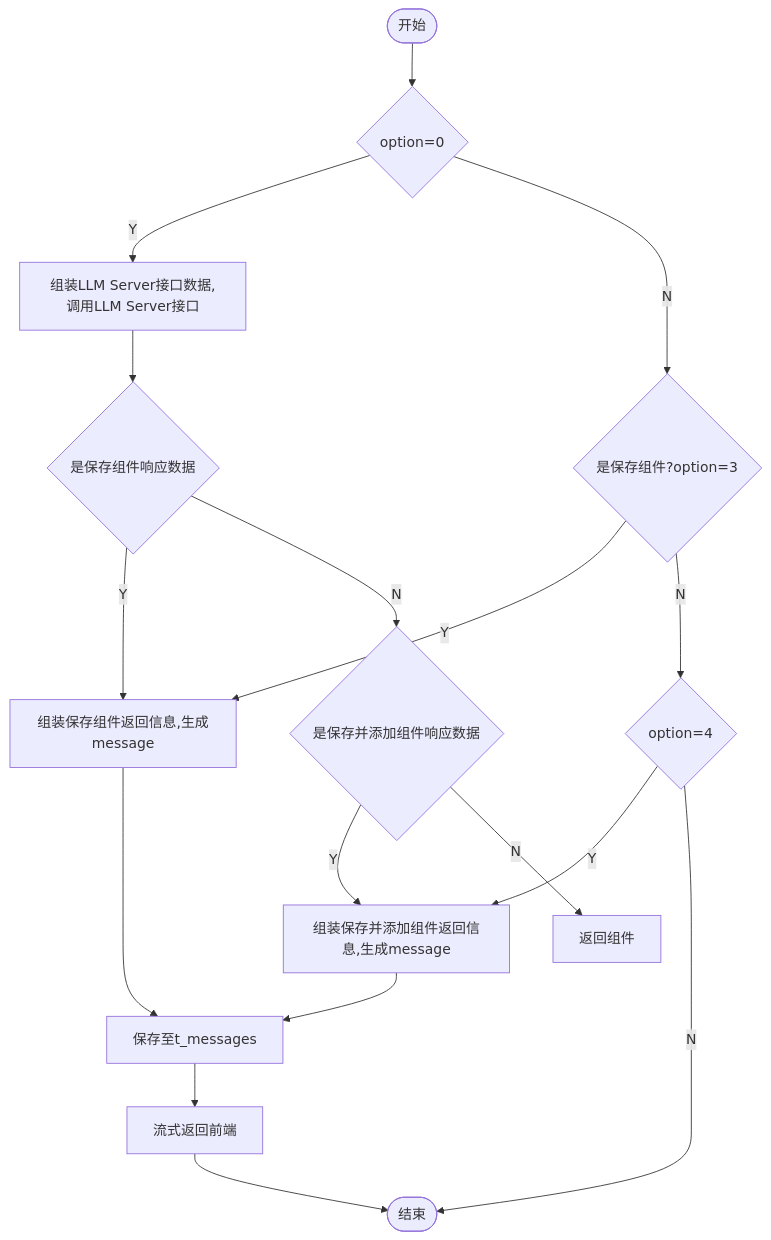
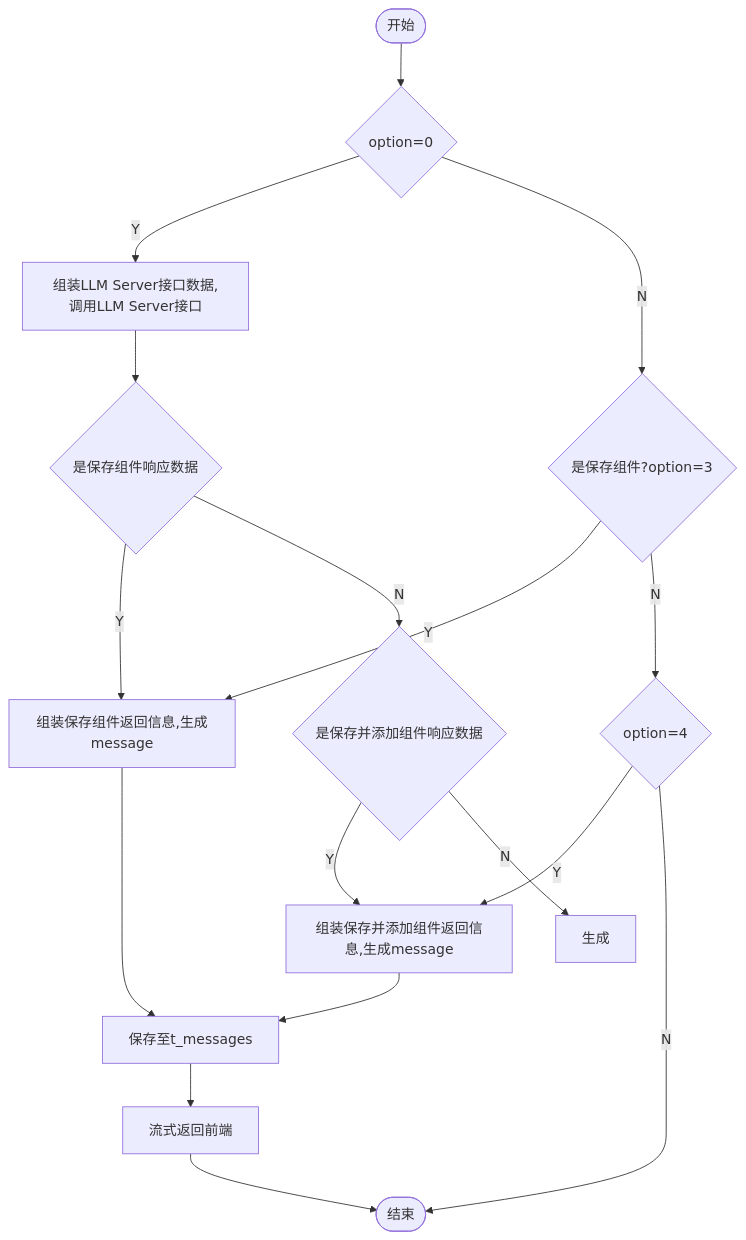
One commit to yingjianzh/iodraw-files changed the diagram in all/添加保存组件.md. Above: the diagram before and after it, drawn with Mermaid.

Commit message:
2024-10-14 13:42:24 update

````diff
--- a/all/添加保存组件.md
+++ b/all/添加保存组件.md
@@ -1,19 +1,19 @@
 ```mermaid
 flowchart TD
     A([开始]) --> B{option=0}
     B -- Y --> C[组装LLM Server接口数据,调用LLM Server接口]
     B -- N --> D{是保存组件?option=3}
     C --> E{是保存组件响应数据}
     E -- Y --> F[组装保存组件返回信息,生成message]
     E -- N --> L{是保存并添加组件响应数据}
     L -- Y --> K
-    L -- N --> 返回组件
+    L -- N --> 生成
     D -- Y --> F
     D -- N --> J{option=4}
     J -- Y --> K[组装保存并添加组件返回信息,生成message]
     K --> G
     J -- N --> I
     F --> G[保存至t_messages]
     G --> H[流式返回前端]
     H --> I([结束])
 ```
````
